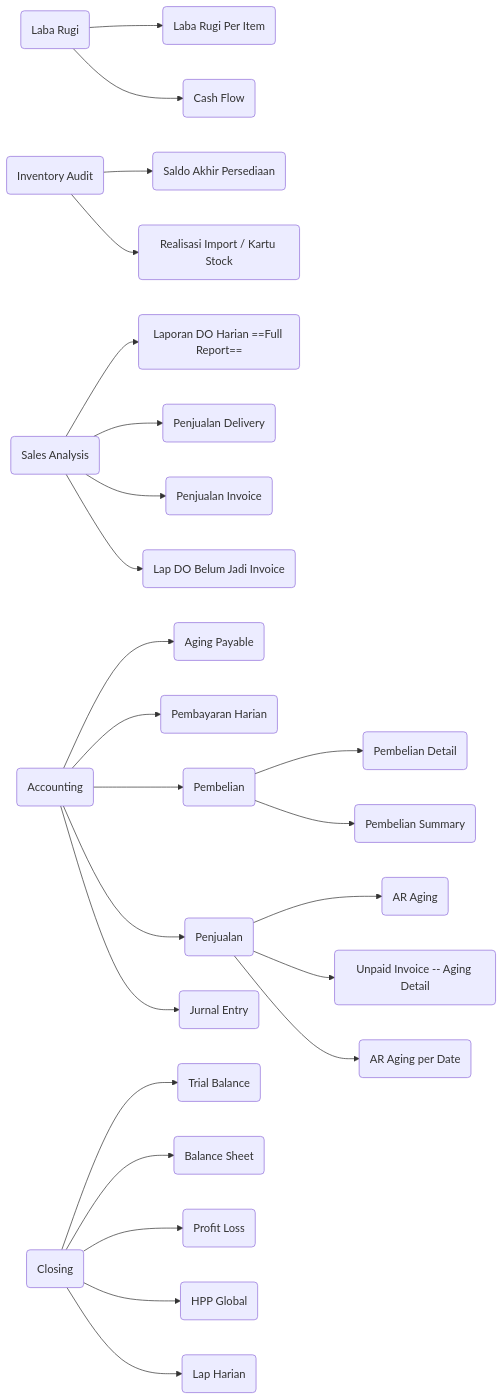
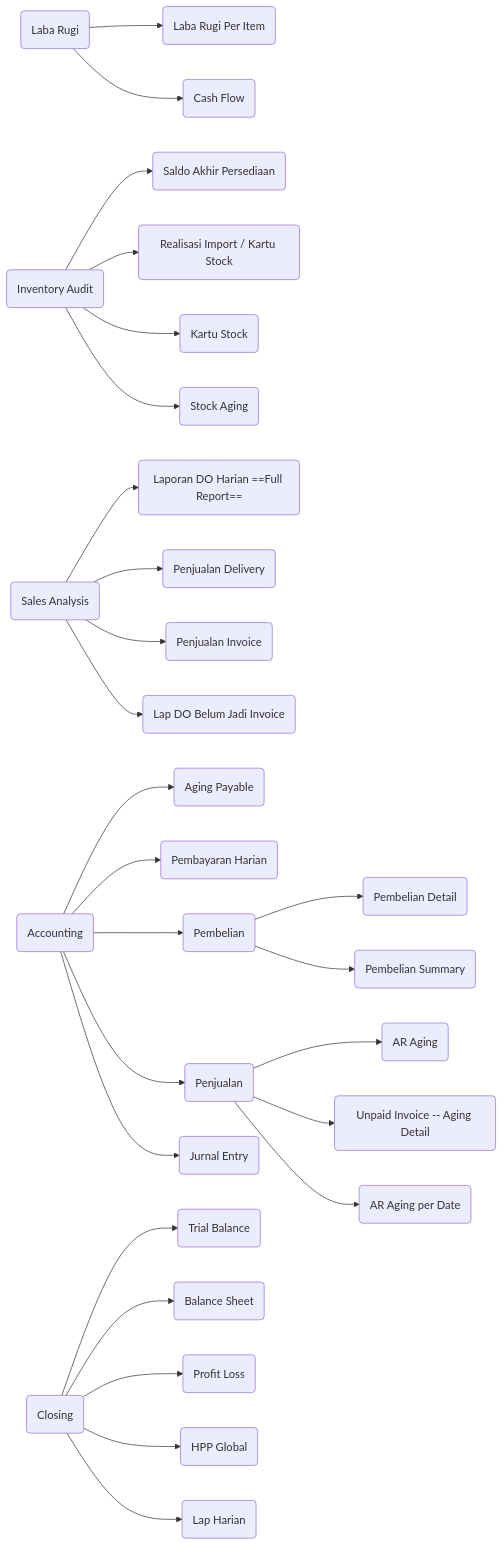
Before and after one commit to andyut/cnw_doc: the second of 2 diagrams in cnw_awr28_doc.md, drawn with Mermaid. The commit also changed other lines of this file, not shown here.

````diff
--- a/cnw_awr28_doc.md
+++ b/cnw_awr28_doc.md
@@ -26,32 +26,35 @@
 ```mermaid
 graph LR
 A(Laba Rugi) --> A1(Laba Rugi Per Item)
 A --> A2(Cash Flow)
 
 B(Inventory Audit) --> B1(Saldo Akhir Persediaan)
 B --> B2(Realisasi Import / Kartu Stock)
+B --> B3(Kartu Stock)
+B --> B4(Stock Aging)
+
 
 C(Sales Analysis) --> C1(Laporan DO Harian ==Full Report==)
 C --> C2(Penjualan Delivery)
 C --> C3(Penjualan Invoice)
 C --> C4(Lap DO Belum Jadi Invoice)
 
 D(Accounting) --> D1(Aging Payable)
 D --> D2(Pembayaran Harian)
 D --> D3(Pembelian)
 D3 --> D3a(Pembelian Detail)
 D3 --> D3b(Pembelian Summary)
 
 D --> D4(Penjualan)
 D4 --> D4a(AR Aging)
 D4 --> D4b(Unpaid Invoice -- Aging Detail)
 D4 --> D4c(AR Aging per Date)
 D --> D5(Jurnal Entry)
 
 E(Closing) --> E1(Trial Balance)
 E --> E2(Balance Sheet)
 E --> E3(Profit Loss)
 E --> E4(HPP Global)
 E --> E5(Lap Harian)
 
 ```
````
